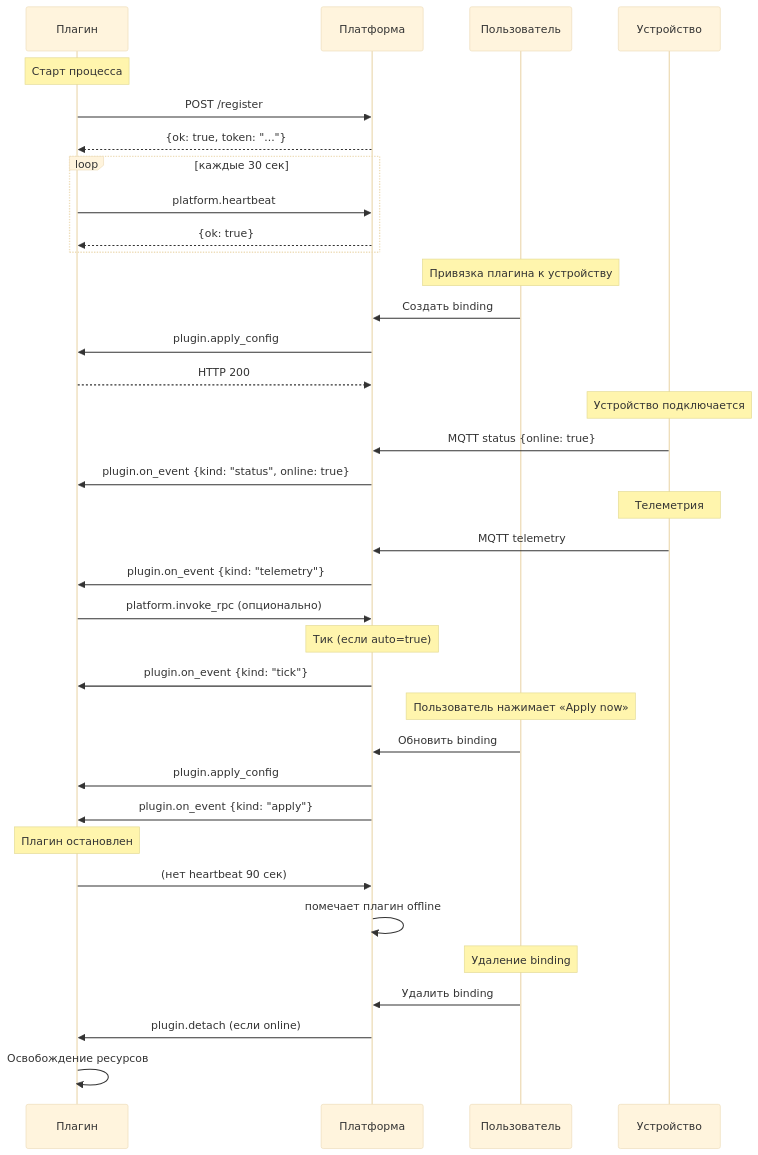
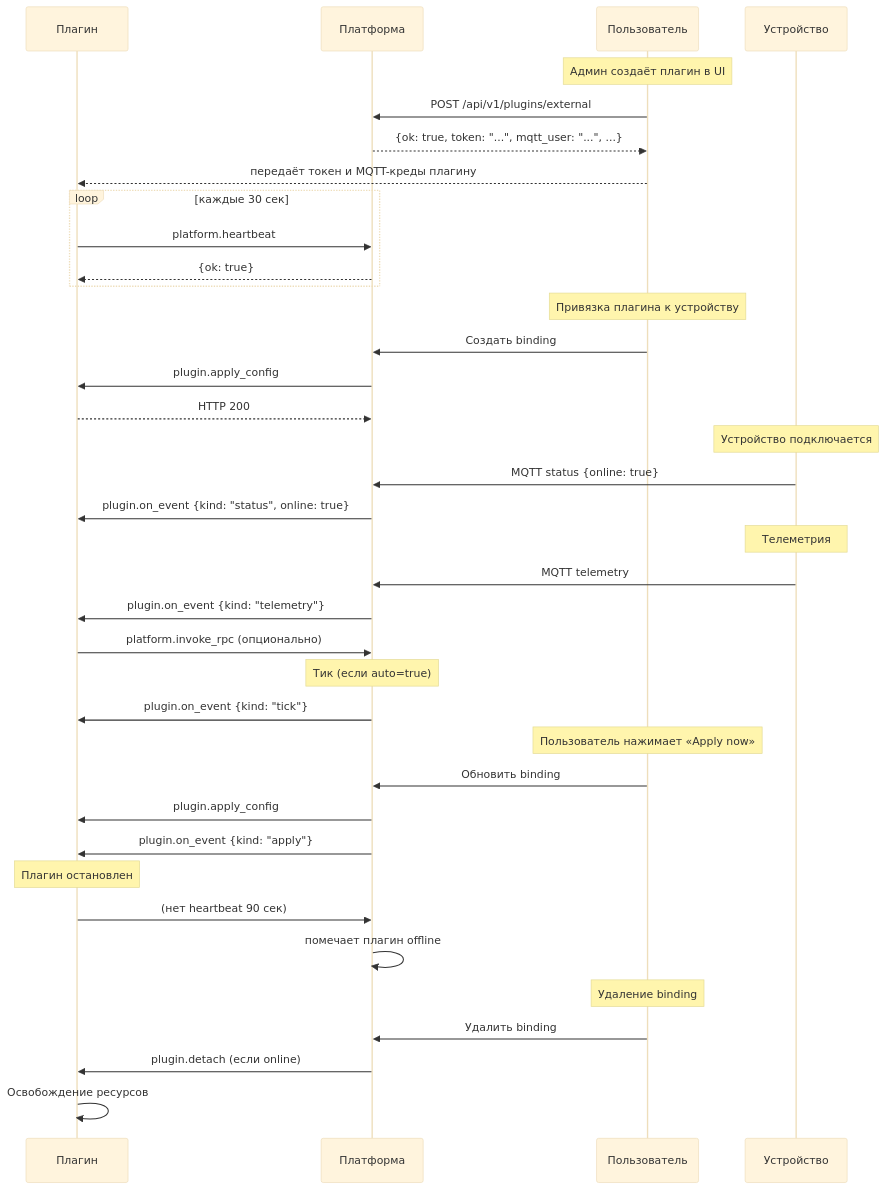
Before and after one commit to darvik80/iot-platform-go: the sixth of 8 diagrams in docs/ru/14-diagrams.md, drawn with Mermaid (base theme). The commit also changed other lines of this file and 27 other files, not shown here.

````diff
--- a/docs/ru/14-diagrams.md
+++ b/docs/ru/14-diagrams.md
@@ -180,47 +199,48 @@
 ```mermaid
 sequenceDiagram
     participant Pl as Плагин
     participant P as Платформа
     participant U as Пользователь
     participant D as Устройство
 
-    Note over Pl: Старт процесса
-    Pl->>P: POST /register
-    P-->>Pl: {ok: true, token: "..."}
+    Note over U: Админ создаёт плагин в UI
+    U->>P: POST /api/v1/plugins/external
+    P-->>U: {ok: true, token: "...", mqtt_user: "...", ...}
+    U-->>Pl: передаёт токен и MQTT-креды плагину
 
     loop каждые 30 сек
         Pl->>P: platform.heartbeat
         P-->>Pl: {ok: true}
     end
 
     Note over U: Привязка плагина к устройству
     U->>P: Создать binding
     P->>Pl: plugin.apply_config
     Pl-->>P: HTTP 200
 
     Note over D: Устройство подключается
     D->>P: MQTT status {online: true}
     P->>Pl: plugin.on_event {kind: "status", online: true}
 
     Note over D: Телеметрия
     D->>P: MQTT telemetry
     P->>Pl: plugin.on_event {kind: "telemetry"}
     Pl->>P: platform.invoke_rpc (опционально)
 
     Note over P: Тик (если auto=true)
     P->>Pl: plugin.on_event {kind: "tick"}
 
     Note over U: Пользователь нажимает «Apply now»
     U->>P: Обновить binding
     P->>Pl: plugin.apply_config
     P->>Pl: plugin.on_event {kind: "apply"}
 
     Note over Pl: Плагин остановлен
     Pl->>P: (нет heartbeat 90 сек)
     P->>P: помечает плагин offline
 
     Note over U: Удаление binding
     U->>P: Удалить binding
     P->>Pl: plugin.detach (если online)
     Pl->>Pl: Освобождение ресурсов
 ```
````
